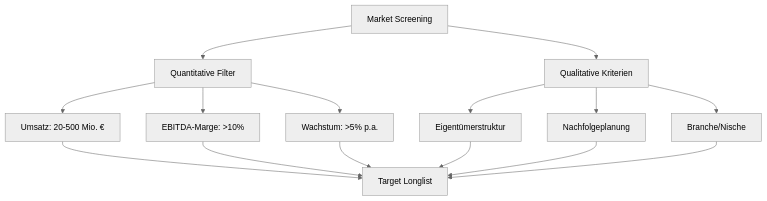
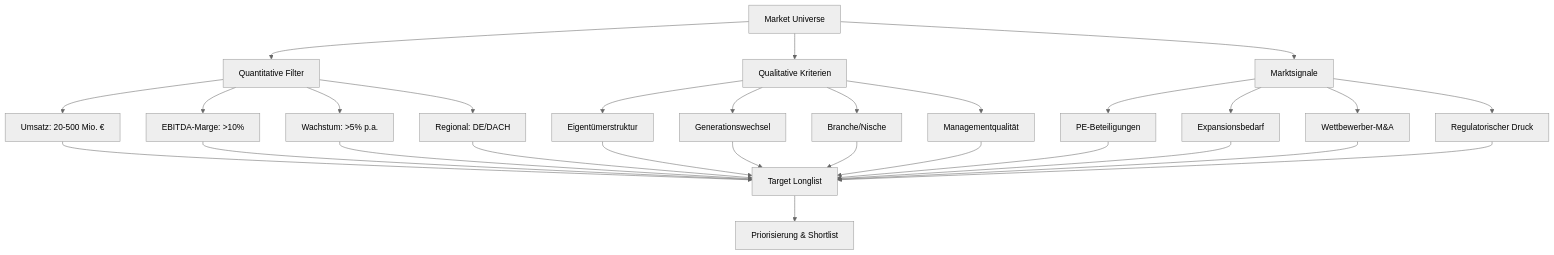
The first of 12 diagrams in 06b_Research_Private_Companies.md (ProfDrT/investment-bank), drawn with Mermaid (neutral theme) before and after one commit. The commit also changed other lines of this file, not shown here.

````diff
--- a/06b_Research_Private_Companies.md
+++ b/06b_Research_Private_Companies.md
@@ -13,17 +15,36 @@
 ```mermaid
 flowchart TD
-  A["Market Screening"] --> B["Quantitative Filter"]
-  A --> C["Qualitative Kriterien"] 
-  B --> D["Umsatz: 20-500 Mio. €"]
-  B --> E["EBITDA-Marge: >10%"]
-  B --> F["Wachstum: >5% p.a."]
-  C --> G["Eigentümerstruktur"]
-  C --> H["Nachfolgeplanung"]
-  C --> I["Branche/Nische"]
-  D --> J["Target Longlist"]
-  E --> J
-  F --> J
-  G --> J
-  H --> J
-  I --> J
+  A["Market Universe"] --> B["Quantitative Filter"]
+  A --> C["Qualitative Kriterien"]
+  A --> D["Marktsignale"]
+  
+  B --> E["Umsatz: 20-500 Mio. €"]
+  B --> F["EBITDA-Marge: >10%"]
+  B --> G["Wachstum: >5% p.a."]
+  B --> H["Regional: DE/DACH"]
+  
+  C --> I["Eigentümerstruktur"]
+  C --> J["Generationswechsel"]
+  C --> K["Branche/Nische"]
+  C --> L["Managementqualität"]
+  
+  D --> M["PE-Beteiligungen"]
+  D --> N["Expansionsbedarf"]
+  D --> O["Wettbewerber-M&A"]
+  D --> P["Regulatorischer Druck"]
+  
+  E --> Q["Target Longlist"]
+  F --> Q
+  G --> Q
+  H --> Q
+  I --> Q
+  J --> Q
+  K --> Q
+  L --> Q
+  M --> Q
+  N --> Q
+  O --> Q
+  P --> Q
+  
+  Q --> R["Priorisierung & Shortlist"]
 ```
````
